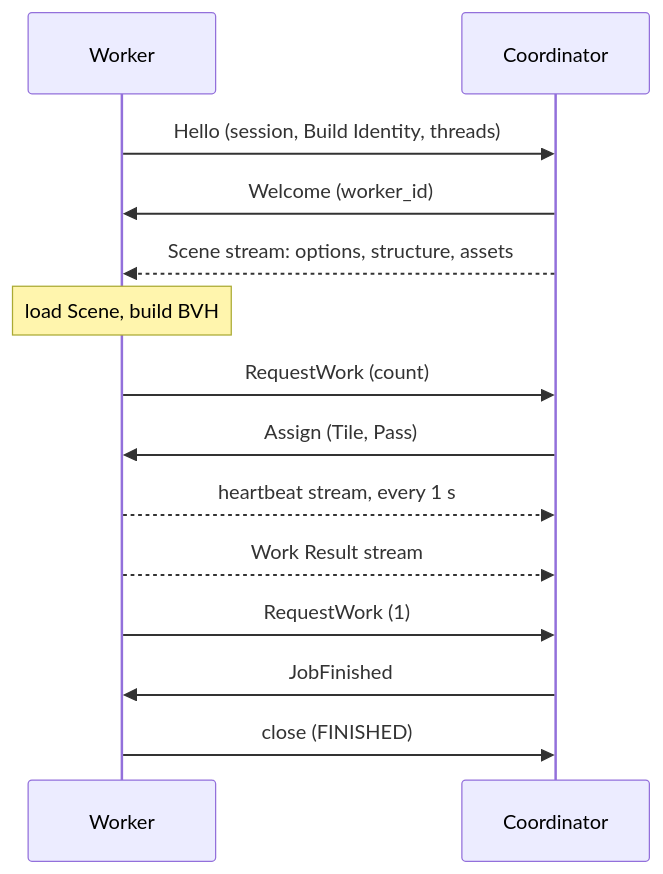
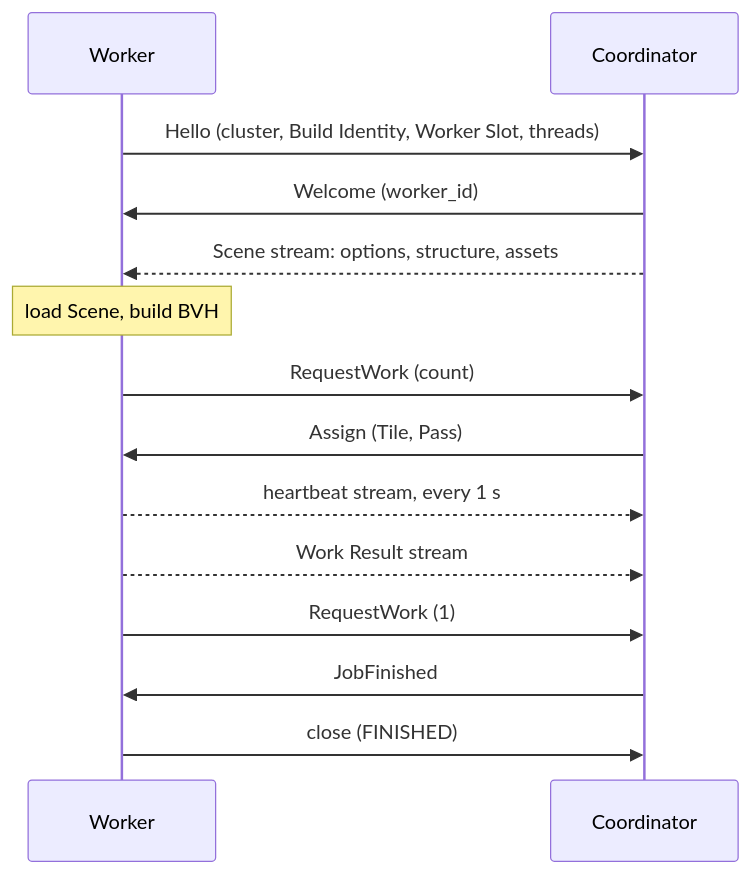
One commit to sergioffpc/umbra changed diagram 12 of 12 in docs/architecture/08-crosscutting-concepts.md. Above: the diagram before and after it, drawn with Mermaid. The commit also changed other lines of this file and 17 other files, not shown here.

````diff
--- a/docs/architecture/08-crosscutting-concepts.md
+++ b/docs/architecture/08-crosscutting-concepts.md
@@ -374,16 +376,16 @@
 ```mermaid
 sequenceDiagram
     participant W as Worker
     participant C as Coordinator
-    W->>C: Hello (session, Build Identity, threads)
+    W->>C: Hello (cluster, Build Identity, Worker Slot, threads)
     C->>W: Welcome (worker_id)
     C-->>W: Scene stream: options, structure, assets
     Note over W: load Scene, build BVH
     W->>C: RequestWork (count)
     C->>W: Assign (Tile, Pass)
     W-->>C: heartbeat stream, every 1 s
     W-->>C: Work Result stream
     W->>C: RequestWork (1)
     C->>W: JobFinished
     W->>C: close (FINISHED)
 ```
````
